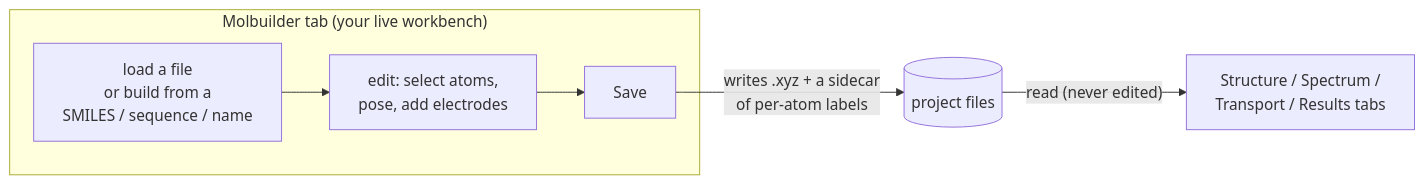
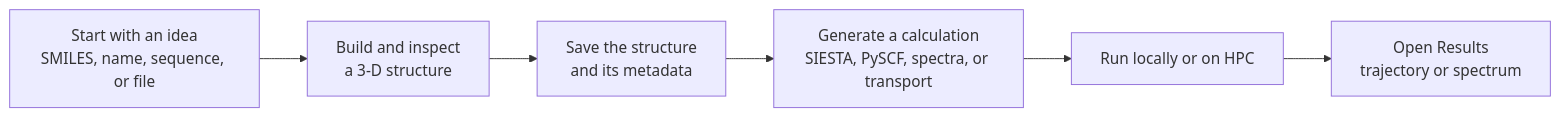
One commit to Qing-LAB/molbuilder changed the second of 3 diagrams in README.md. Above: the diagram before and after it, drawn with Mermaid. The commit also changed other lines of this file and 4 other files, not shown here.

````diff
--- a/README.md
+++ b/README.md
@@ -407,9 +80,8 @@
 ```mermaid
 flowchart LR
-  subgraph M["Molbuilder tab (your live workbench)"]
-    IN["load a file<br/>or build from a<br/>SMILES / sequence / name"] --> ED["edit: select atoms,<br/>pose, add electrodes"]
-    ED --> SV["Save"]
-  end
-  SV -->|"writes .xyz + a sidecar<br/>of per-atom labels"| F[("project files")]
-  F -->|"read (never edited)"| T["Structure / Spectrum /<br/>Transport / Results tabs"]
+    A["Start with an idea<br/>SMILES, name, sequence, or file"] --> B["Build and inspect<br/>a 3-D structure"]
+    B --> C["Save the structure<br/>and its metadata"]
+    C --> D["Generate a calculation<br/>SIESTA, PySCF, spectra, or transport"]
+    D --> E["Run locally or on HPC"]
+    E --> F["Open Results<br/>trajectory or spectrum"]
 ```
````
